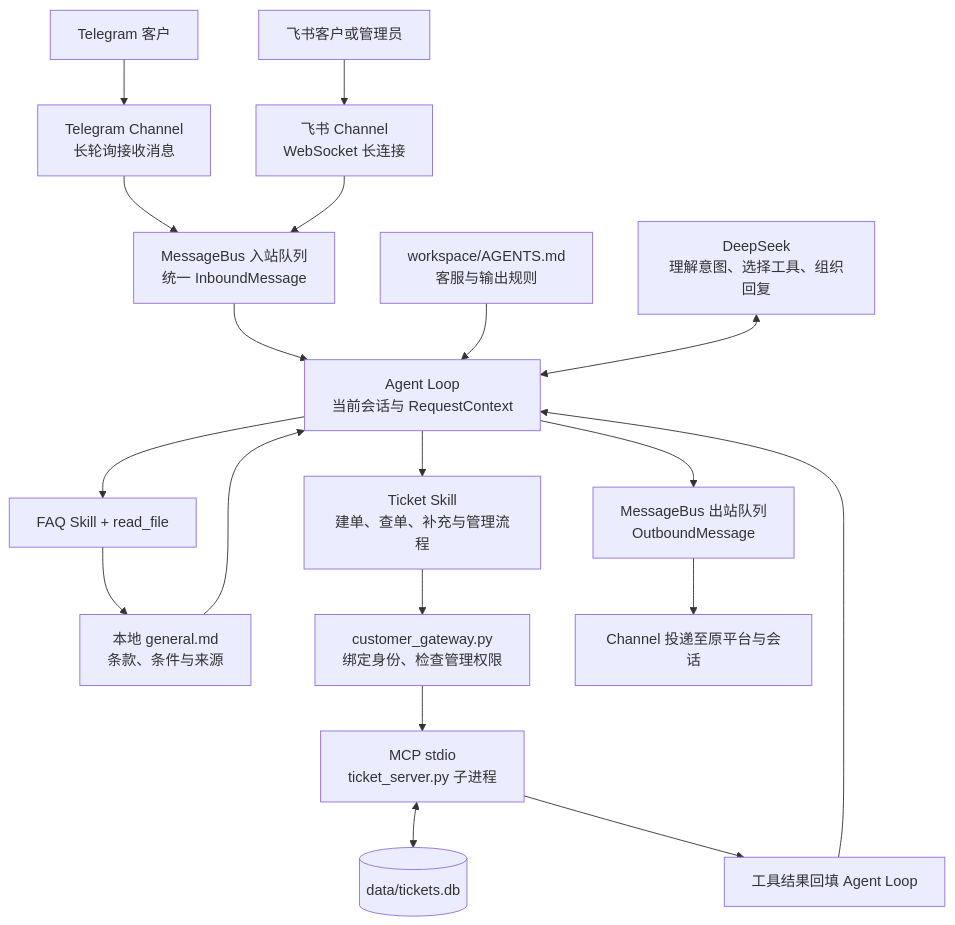
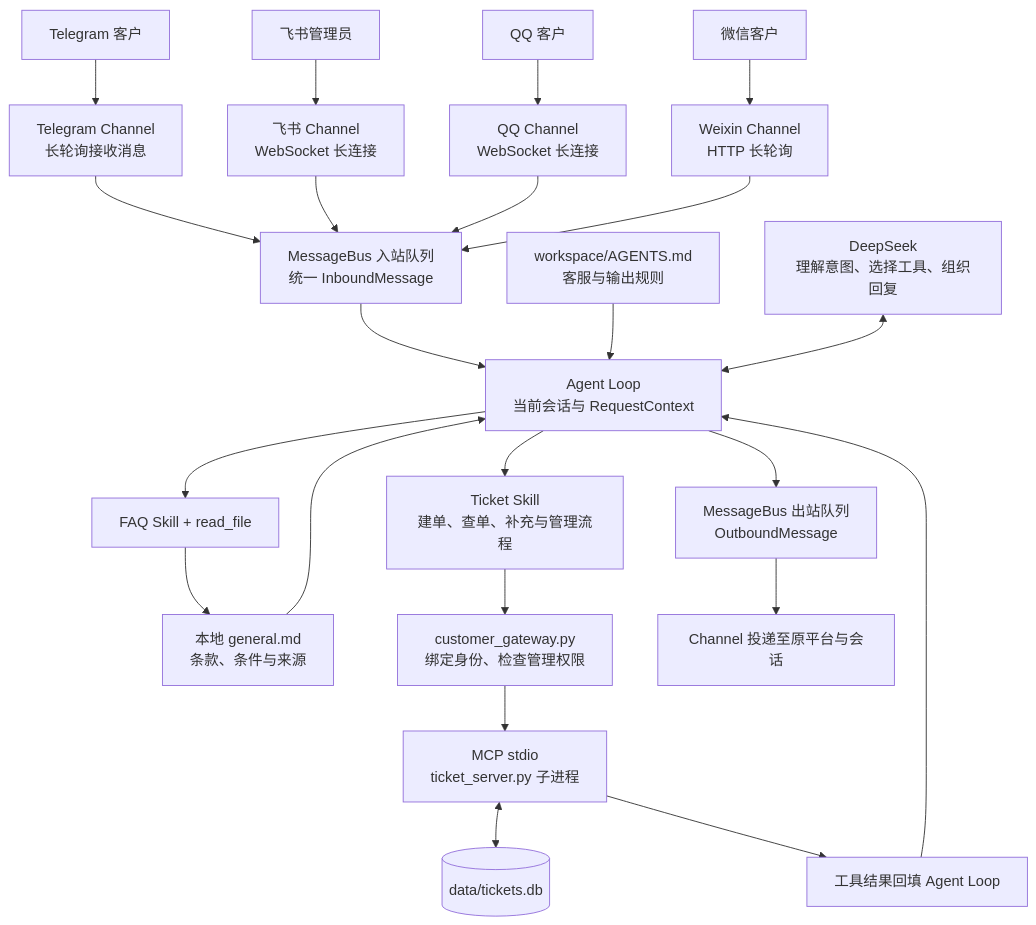
One commit to tommie-04/EchoBridge changed the first of 2 diagrams in README.md. Above: the diagram before and after it, drawn with Mermaid. The commit also changed other lines of this file and 13 other files, not shown here.

````diff
--- a/README.md
+++ b/README.md
@@ -27,21 +27,25 @@
 ```mermaid
 flowchart TD
     TG["Telegram 客户"] --> TC["Telegram Channel<br/>长轮询接收消息"]
-    FS["飞书客户或管理员"] --> FC["飞书 Channel<br/>WebSocket 长连接"]
+    QQ["QQ 客户"] --> QC["QQ Channel<br/>WebSocket 长连接"]
+    WX["微信客户"] --> WC["Weixin Channel<br/>HTTP 长轮询"]
+    FS["飞书管理员"] --> FC["飞书 Channel<br/>WebSocket 长连接"]
     TC --> IN["MessageBus 入站队列<br/>统一 InboundMessage"]
     FC --> IN
+    QC --> IN
+    WC --> IN
     IN --> LOOP["Agent Loop<br/>当前会话与 RequestContext"]
     RULES["workspace/AGENTS.md<br/>客服与输出规则"] --> LOOP
     MODEL["DeepSeek<br/>理解意图、选择工具、组织回复"] <--> LOOP
     LOOP --> FAQ["FAQ Skill + read_file"]
     FAQ --> KB["本地 general.md<br/>条款、条件与来源"]
     KB --> LOOP
     LOOP --> TICKET["Ticket Skill<br/>建单、查单、补充与管理流程"]
     TICKET --> BIND["customer_gateway.py<br/>绑定身份、检查管理权限"]
     BIND --> MCP["MCP stdio<br/>ticket_server.py 子进程"]
     MCP <--> DB[("data/tickets.db")]
     MCP --> RESULT["工具结果回填 Agent Loop"]
     RESULT --> LOOP
     LOOP --> OUT["MessageBus 出站队列<br/>OutboundMessage"]
     OUT --> SEND["Channel 投递至原平台与会话"]
 ```
````
